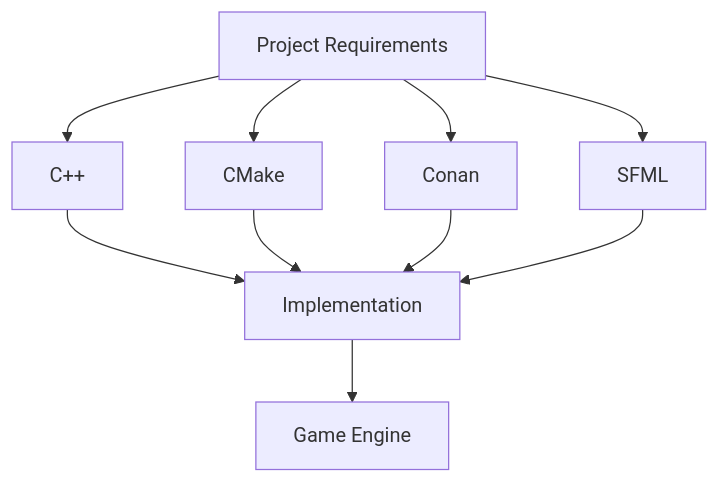
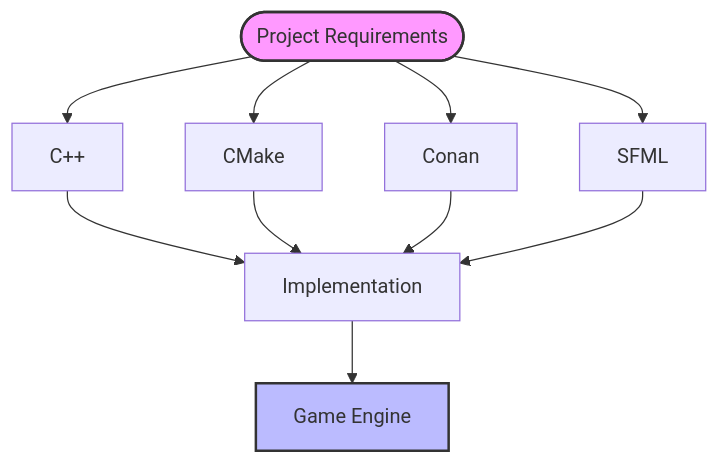
The diagram in docs/technical-study.md (Lucas99913/Doc-RType), drawn with Mermaid before and after one commit. The commit also changed 1 other file, not shown here.

Commit message:
docs: update jekyll configuration
- Add mermaid support
- Configure markdown and syntax highlighting
- Add proper file inclusions/exclusions
- Enable GFM markdown processing

````diff
--- a/docs/technical-study.md
+++ b/docs/technical-study.md
@@ -200,14 +200,17 @@
 ```mermaid
-graph TD
-    A[Project Requirements] --> B[C++]
+flowchart TD
+    A([Project Requirements]) --> B[C++]
     A --> C[CMake]
     A --> D[Conan]
     A --> E[SFML]
 
     B --> F[Implementation]
     C --> F
     D --> F
     E --> F
 
     F --> G[Game Engine]
+
+    style A fill:#f9f,stroke:#333,stroke-width:2px
+    style G fill:#bbf,stroke:#333,stroke-width:2px
 ```
````
